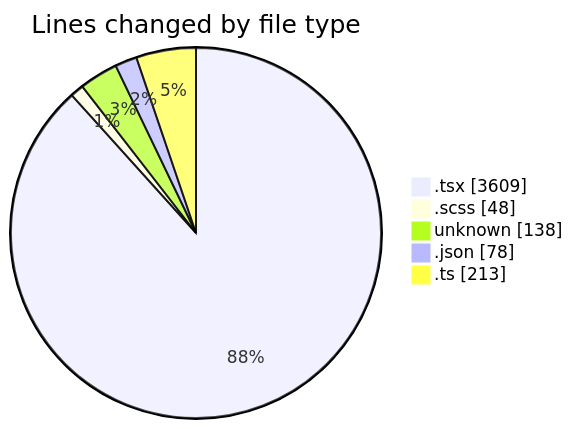
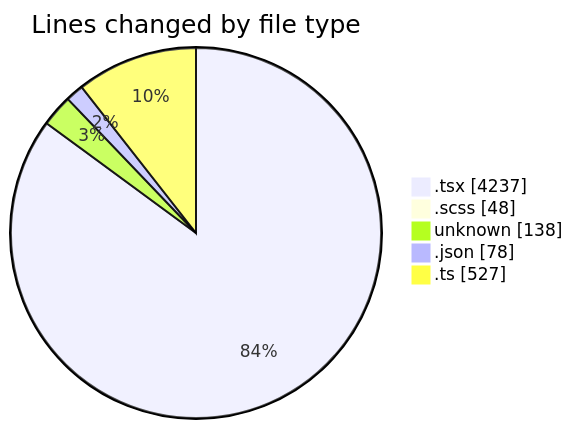
Before and after one commit to momahboobian/code-tracking: the first of 2 diagrams in 2026-10-13/cda/README.md, drawn with Mermaid. The commit also changed other lines of this file and 1 other file, not shown here.

````diff
--- a/2026-10-13/cda/README.md
+++ b/2026-10-13/cda/README.md
@@ -42,9 +45,9 @@
 ```mermaid
 pie showData
 title Lines changed by file type
-".tsx" : 3609
+".tsx" : 4237
 ".scss" : 48
 "unknown" : 138
 ".json" : 78
-".ts" : 213
+".ts" : 527
 ```
````
